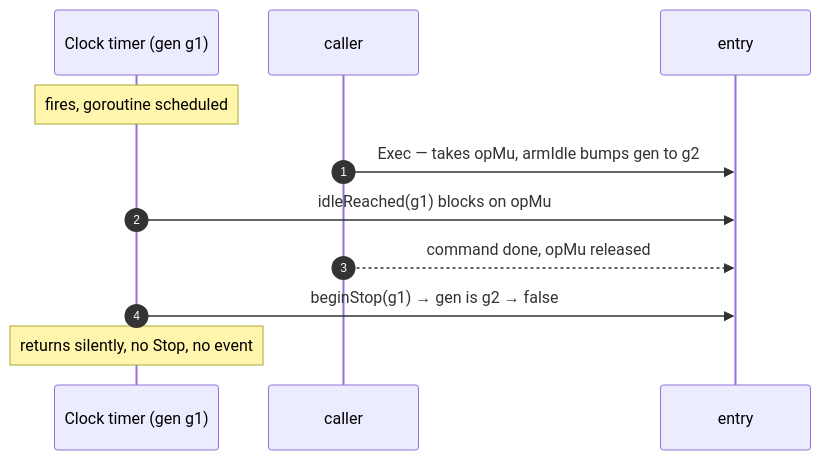
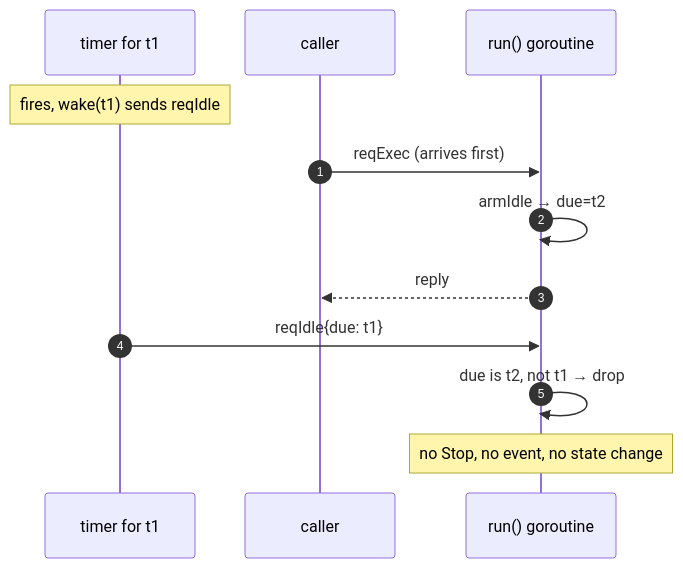
The sixth of 12 diagrams in docs/sandbox.md (maikdotfi/metaharness), drawn with Mermaid before and after one commit. The commit also changed other lines of this file and 6 other files, not shown here.

````diff
--- a/docs/sandbox.md
+++ b/docs/sandbox.md
@@ -258,14 +299,15 @@
 ```mermaid
 sequenceDiagram
     autonumber
-    participant K as Clock timer (gen g1)
+    participant K as timer for t1
     participant C as caller
-    participant E as entry
+    participant R as run() goroutine
 
-    Note over K: fires, goroutine scheduled
-    C->>E: Exec — takes opMu, armIdle bumps gen to g2
-    K->>E: idleReached(g1) blocks on opMu
-    C-->>E: command done, opMu released
-    K->>E: beginStop(g1) → gen is g2 → false
-    Note over K: returns silently, no Stop, no event
+    Note over K: fires, wake(t1) sends reqIdle
+    C->>R: reqExec (arrives first)
+    R->>R: armIdle → due=t2
+    R-->>C: reply
+    K->>R: reqIdle{due: t1}
+    R->>R: due is t2, not t1 → drop
+    Note over R: no Stop, no event, no state change
 ```
````
